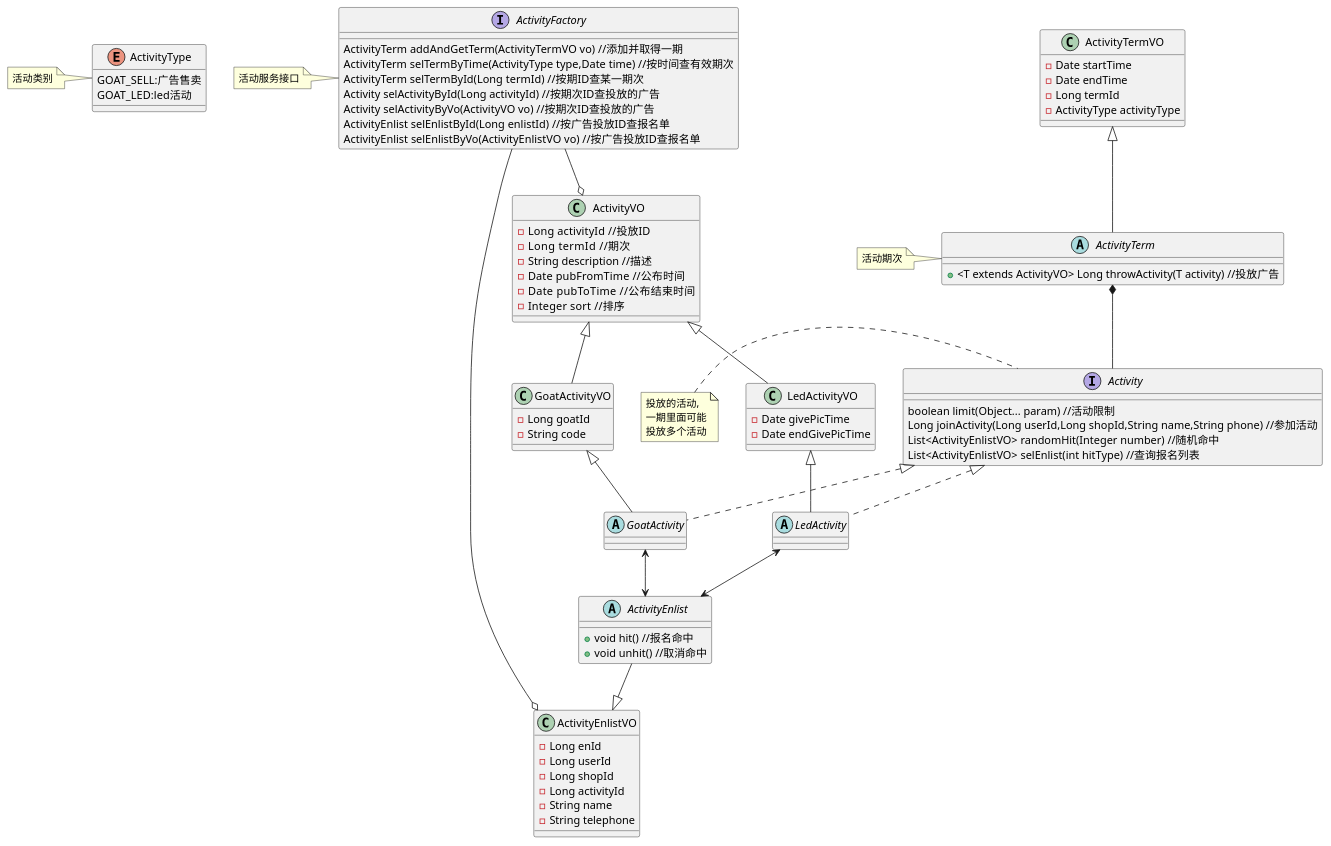
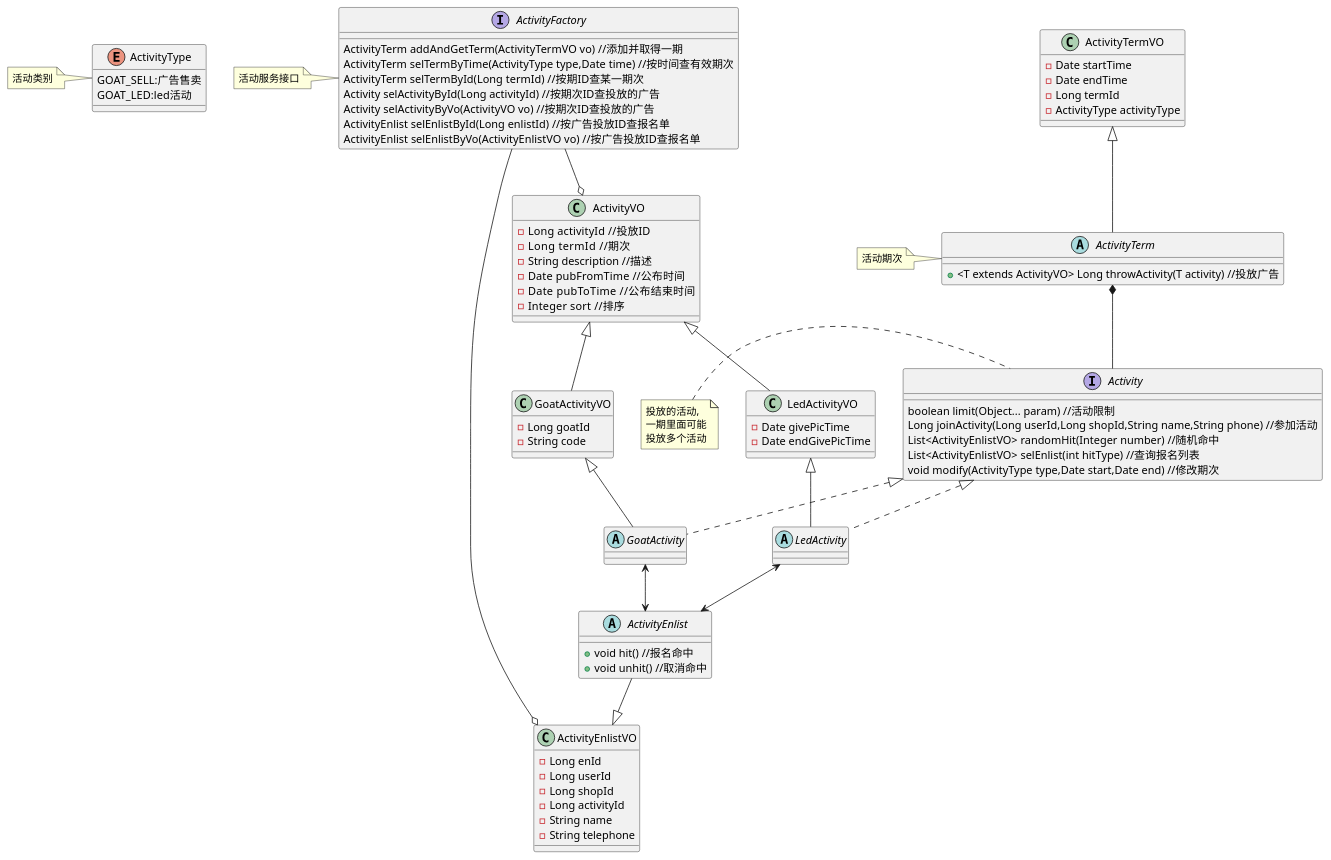
One commit to pogy/main-pom changed the diagram in main4-spread/main4-spread-api/src/main/resources/activity_class.puml. Above: the diagram before and after it, drawn with PlantUML. The commit also changed 3 other files, not shown here.

```diff
--- a/main4-spread/main4-spread-api/src/main/resources/activity_class.puml
+++ b/main4-spread/main4-spread-api/src/main/resources/activity_class.puml
@@ -1,101 +1,102 @@
 @startuml
 
 enum ActivityType{
 GOAT_SELL:广告售卖
 GOAT_LED:led活动
 }
 
 note left of ActivityType:活动类别
 
 abstract class ActivityTerm{
 +<T extends ActivityVO> Long throwActivity(T activity) //投放广告
 }
 
 class ActivityTermVO{
 -Date startTime
 -Date endTime
 -Long termId
 -ActivityType activityType
 }
 
 note left of ActivityTerm:活动期次
 
 interface Activity{
 boolean limit(Object... param) //活动限制
 Long joinActivity(Long userId,Long shopId,String name,String phone) //参加活动
 List<ActivityEnlistVO> randomHit(Integer number) //随机命中
 List<ActivityEnlistVO> selEnlist(int hitType) //查询报名列表
+void modify(ActivityType type,Date start,Date end) //修改期次
 }
 
 note left of Activity:投放的活动,\n一期里面可能\n投放多个活动
 
 abstract class GoatActivity{
 }
 
 class ActivityVO{
 -Long activityId  //投放ID
 -Long termId   //期次
 -String description //描述
 -Date pubFromTime  //公布时间
 -Date pubToTime   //公布结束时间
 -Integer sort  //排序
 }
 
 class GoatActivityVO{
 -Long goatId
 -String code
 }
 
 abstract class LedActivity{
 }
 
 class LedActivityVO{
 -Date givePicTime
 -Date endGivePicTime
 }
 
 abstract class ActivityEnlist{
 +void hit() //报名命中
 +void unhit() //取消命中
 }
 
 class ActivityEnlistVO{
 -Long enId
 -Long userId
 -Long shopId
 -Long activityId
 -String name
 -String telephone
 }
 
 interface ActivityFactory{
 ActivityTerm addAndGetTerm(ActivityTermVO vo) //添加并取得一期
 ActivityTerm selTermByTime(ActivityType type,Date time) //按时间查有效期次
 ActivityTerm selTermById(Long termId) //按期ID查某一期次
 Activity selActivityById(Long activityId) //按期次ID查投放的广告
 Activity selActivityByVo(ActivityVO vo) //按期次ID查投放的广告
 ActivityEnlist selEnlistById(Long enlistId) //按广告投放ID查报名单
 ActivityEnlist selEnlistByVo(ActivityEnlistVO vo) //按广告投放ID查报名单
 
 }
 
 note left of ActivityFactory:活动服务接口
 Activity <|.. GoatActivity
 
 Activity <|.. LedActivity
 
 ActivityTerm *-- Activity
 
 ActivityTermVO <|--ActivityTerm
 
 GoatActivity <--> ActivityEnlist
 LedActivity <--> ActivityEnlist
 ActivityFactory --o ActivityEnlistVO
 ActivityFactory --o ActivityVO
 ActivityVO <|-- LedActivityVO
 ActivityVO <|-- GoatActivityVO
 
 LedActivityVO <|-- LedActivity
 GoatActivityVO <|-- GoatActivity
 ActivityEnlist --|> ActivityEnlistVO
 @enduml
```
